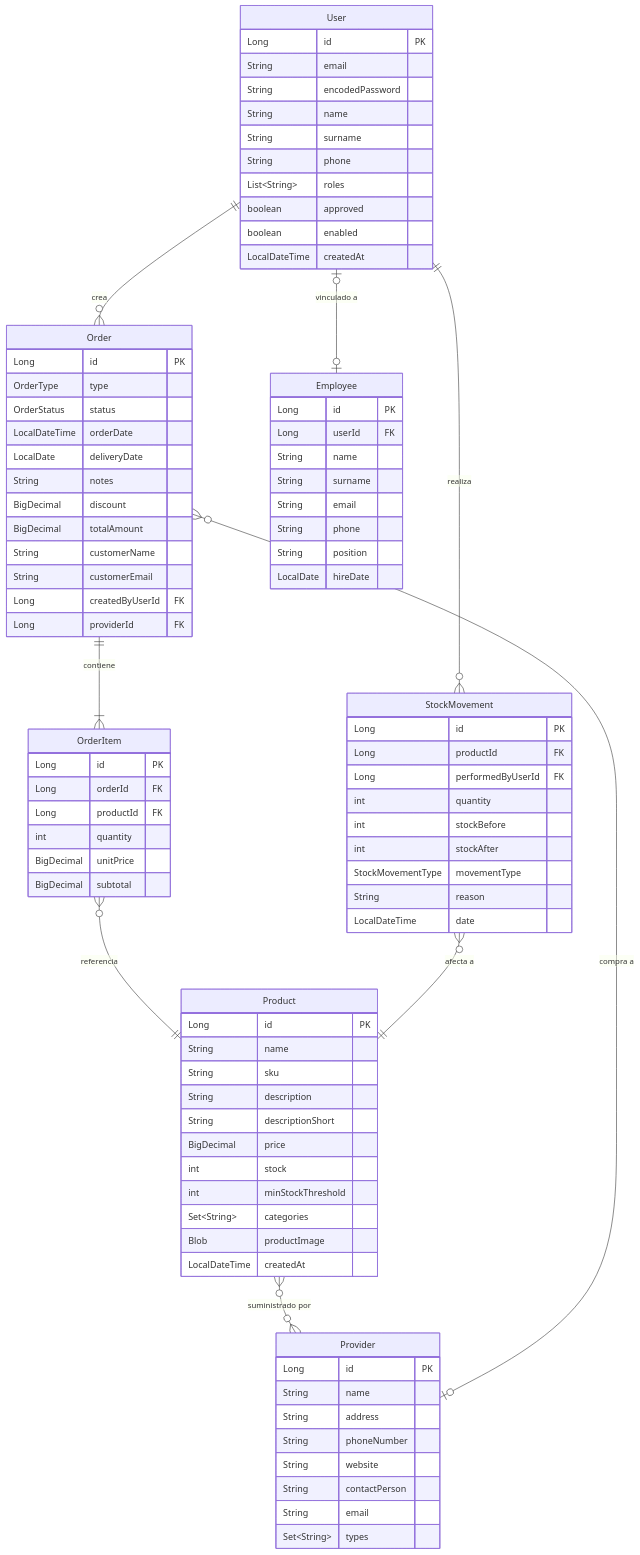
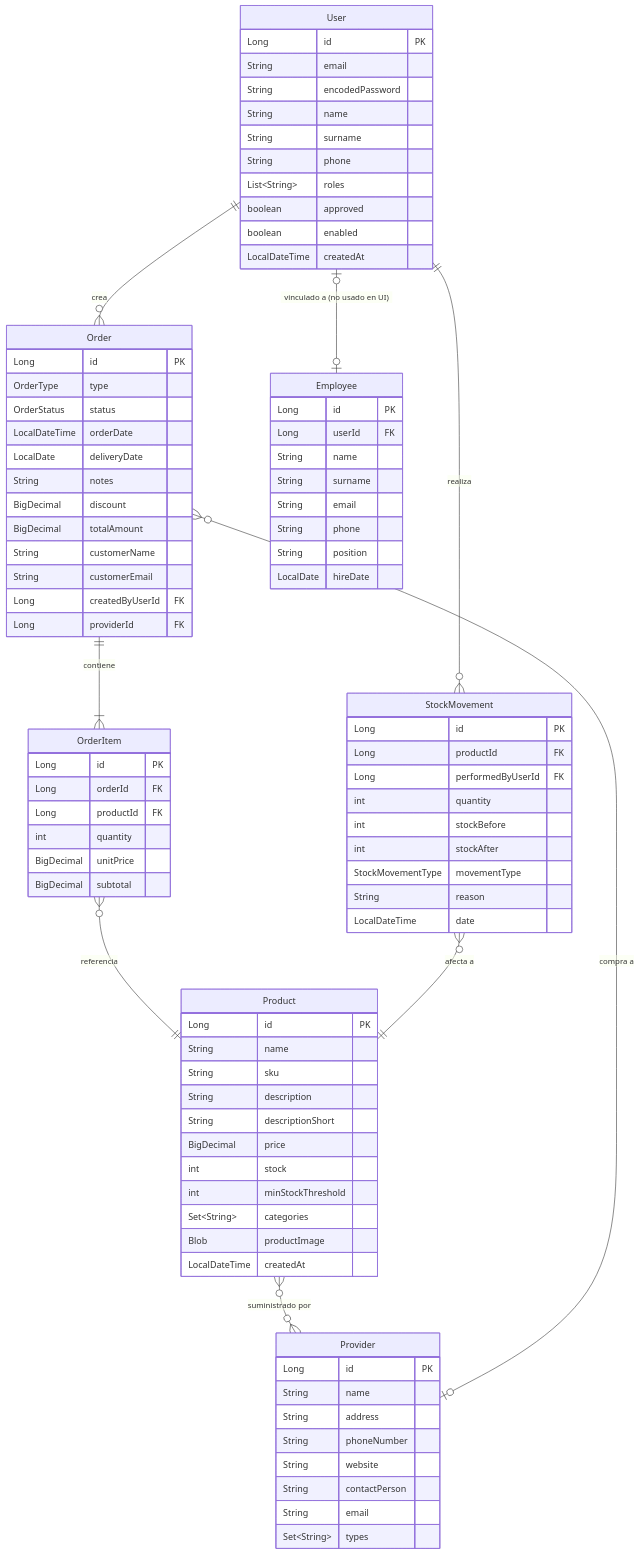
One commit to codeurjc-students/Shopventory changed the first of 5 diagrams in README.md. Above: the diagram before and after it, drawn with Mermaid. The commit also changed other lines of this file, not shown here.

Commit message:
Update README to clarify User and Employee relationship
Clarified relationship between User and Employee entities in the diagram and README.

```diff
--- a/README.md
+++ b/README.md
@@ -145,7 +145,7 @@
     }
 
     User ||--o{ Order : "crea"
-    User |o--o| Employee : "vinculado a"
+    User |o--o| Employee : "vinculado a (no usado en UI)"
     User ||--o{ StockMovement : "realiza"
     Order ||--|{ OrderItem : "contiene"
     OrderItem }o--|| Product : "referencia"
```
